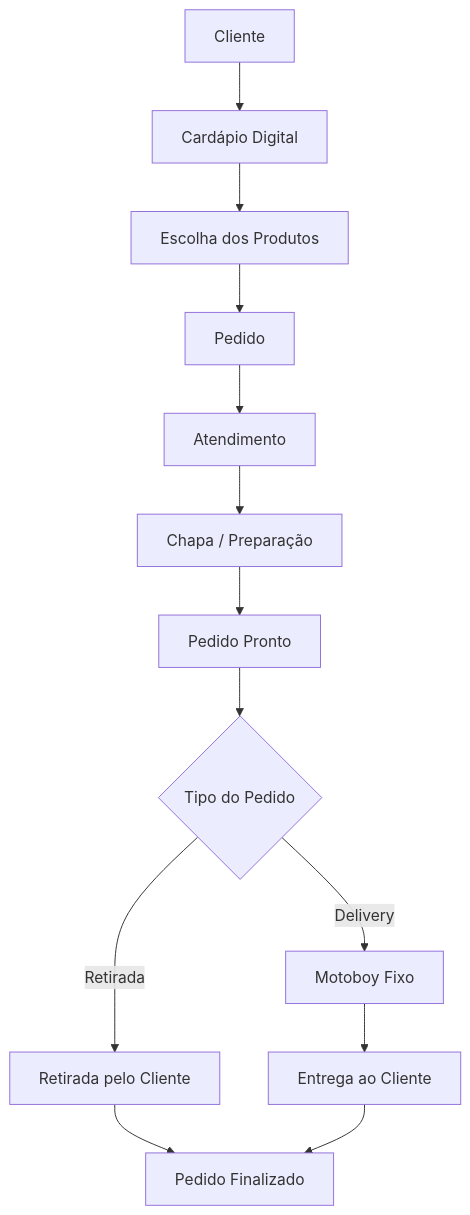
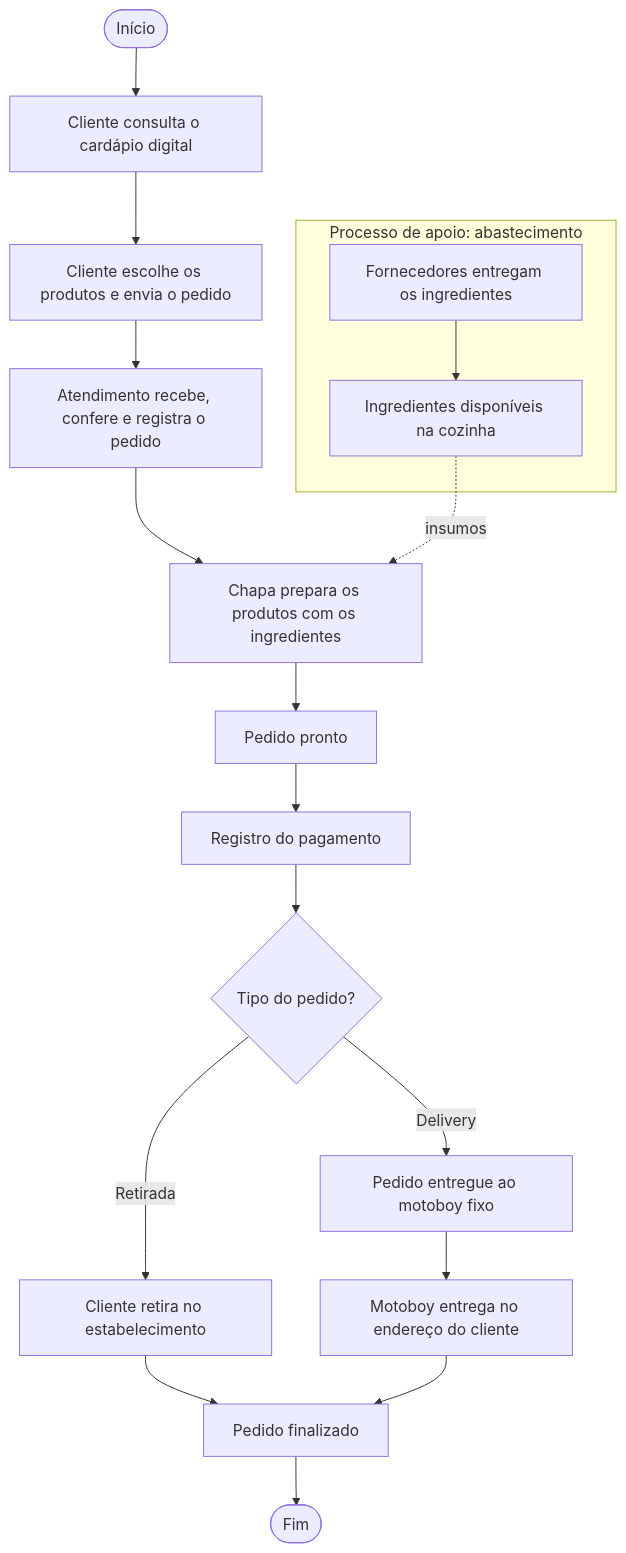
One commit to mur1lxz/analise-dados-colossal-foods changed the diagram in README.md. Above: the diagram before and after it, drawn with Mermaid. The commit also changed other lines of this file and 10 other files, not shown here.

````diff
--- a/README.md
+++ b/README.md
@@ -45,15 +62,21 @@
 ```mermaid
 flowchart TD
-    A[Cliente] --> B[Cardápio Digital]
-    B --> C[Escolha dos Produtos]
-    C --> D[Pedido]
-    D --> E[Atendimento]
-    E --> F[Chapa / Preparação]
-    F --> G[Pedido Pronto]
-    G --> H{Tipo do Pedido}
-    H -->|Retirada| I[Retirada pelo Cliente]
-    H -->|Delivery| J[Motoboy Fixo]
-    J --> K[Entrega ao Cliente]
-    I --> L[Pedido Finalizado]
-    K --> L
+    INI([Início]) --> A[Cliente consulta o cardápio digital]
+    A --> B[Cliente escolhe os produtos e envia o pedido]
+    B --> C[Atendimento recebe, confere e registra o pedido]
+    C --> D[Chapa prepara os produtos com os ingredientes]
+    D --> E[Pedido pronto]
+    E --> F[Registro do pagamento]
+    F --> G{Tipo do pedido?}
+    G -->|Retirada| H[Cliente retira no estabelecimento]
+    G -->|Delivery| I[Pedido entregue ao motoboy fixo]
+    I --> J[Motoboy entrega no endereço do cliente]
+    H --> K[Pedido finalizado]
+    J --> K
+    K --> FIM([Fim])
+
+    subgraph Abastecimento [Processo de apoio: abastecimento]
+        S1[Fornecedores entregam os ingredientes] --> S2[Ingredientes disponíveis na cozinha]
+    end
+    S2 -.->|insumos| D
 ```
````
